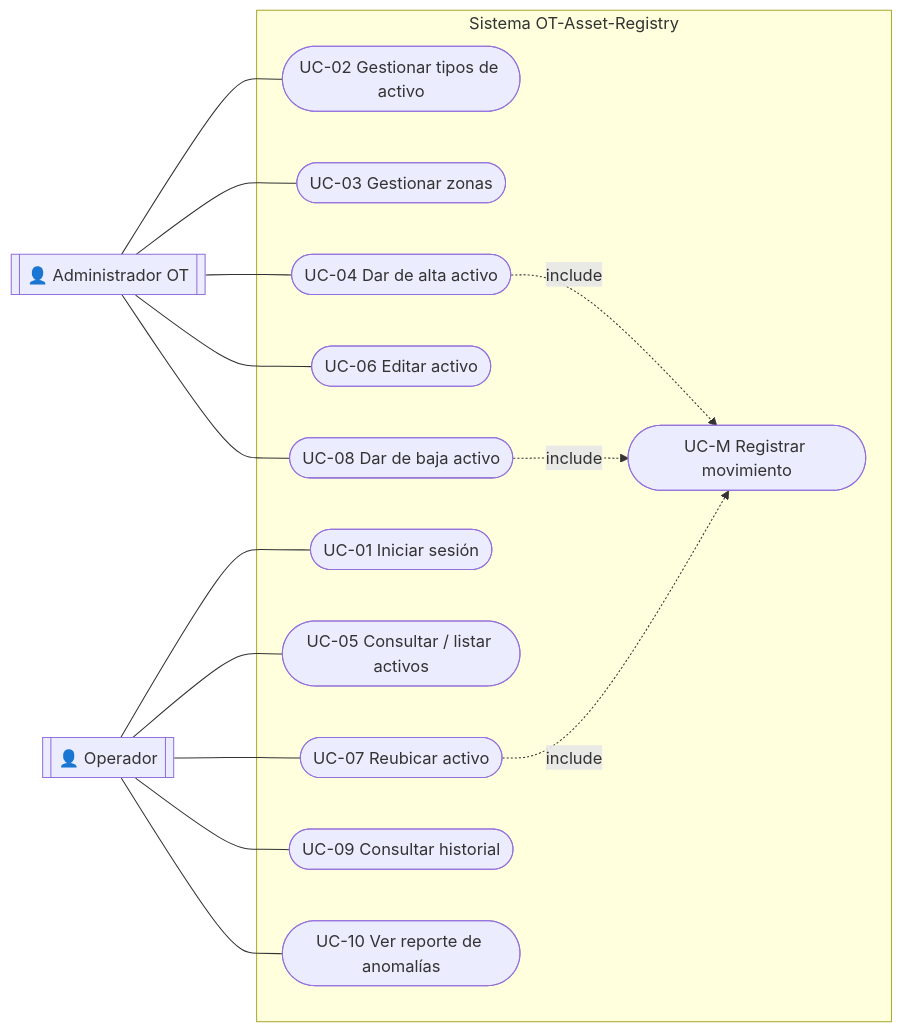
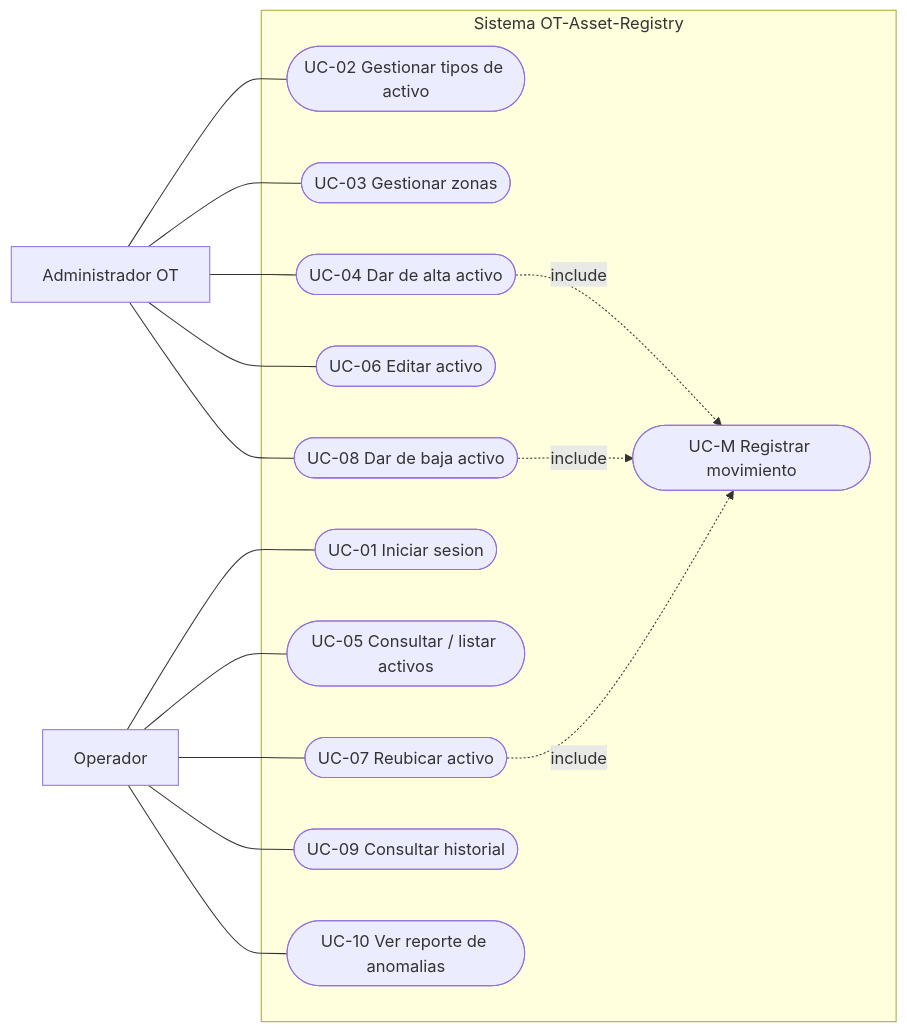
One commit to BENMP0902/ot-asset-registry changed the diagram in docs/03-diseno/01-casos-de-uso.md. Above: the diagram before and after it, drawn with Mermaid. The commit also changed other lines of this file and 1 other file, not shown here.

Commit message:
fix: use conservative mermaid syntax so github renders diagrams

````diff
--- a/docs/03-diseno/01-casos-de-uso.md
+++ b/docs/03-diseno/01-casos-de-uso.md
@@ -31,35 +31,35 @@
 ```mermaid
 flowchart LR
-    admin[["👤 Administrador OT"]]
-    operador[["👤 Operador"]]
+    admin["Administrador OT"]
+    operador["Operador"]
 
     subgraph SYS["Sistema OT-Asset-Registry"]
-        uc01(["UC-01 Iniciar sesión"])
+        uc01(["UC-01 Iniciar sesion"])
         uc02(["UC-02 Gestionar tipos de activo"])
         uc03(["UC-03 Gestionar zonas"])
         uc04(["UC-04 Dar de alta activo"])
         uc05(["UC-05 Consultar / listar activos"])
         uc06(["UC-06 Editar activo"])
         uc07(["UC-07 Reubicar activo"])
         uc08(["UC-08 Dar de baja activo"])
         uc09(["UC-09 Consultar historial"])
-        uc10(["UC-10 Ver reporte de anomalías"])
+        uc10(["UC-10 Ver reporte de anomalias"])
         ucm(["UC-M Registrar movimiento"])
     end
 
     operador --- uc01
     operador --- uc05
     operador --- uc07
     operador --- uc09
     operador --- uc10
 
     admin --- uc02
     admin --- uc03
     admin --- uc04
     admin --- uc06
     admin --- uc08
 
-    uc04 -. include .-> ucm
-    uc07 -. include .-> ucm
-    uc08 -. include .-> ucm
+    uc04 -.->|include| ucm
+    uc07 -.->|include| ucm
+    uc08 -.->|include| ucm
 ```
````
